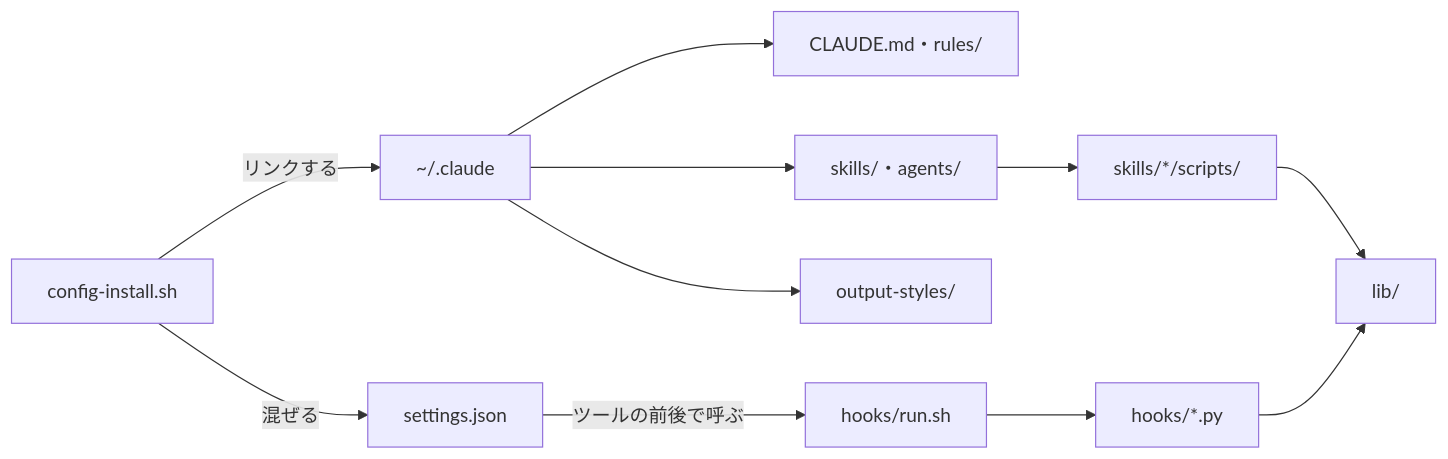
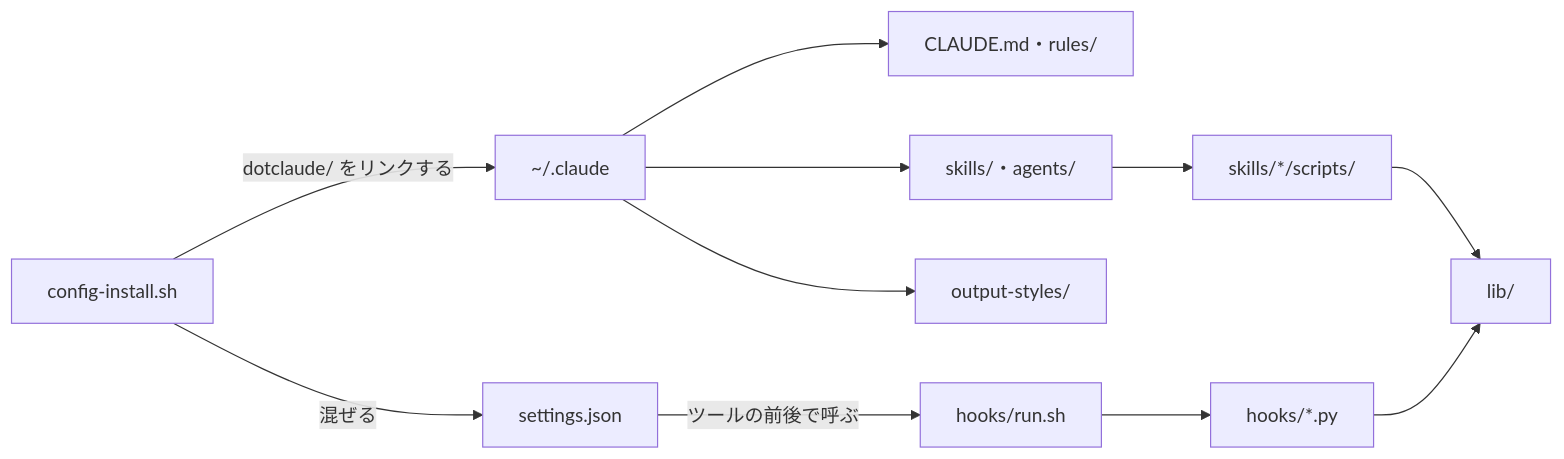
Before and after one commit to yossibank/claude-config: the diagram in README.md, drawn with Mermaid. The commit also changed other lines of this file and 231 other files, not shown here.

````diff
--- a/README.md
+++ b/README.md
@@ -19,13 +19,13 @@
 ```mermaid
 flowchart LR
-    install["config-install.sh"] -->|リンクする| home["~/.claude"]
+    install["config-install.sh"] -->|dotclaude/ をリンクする| home["~/.claude"]
     install -->|混ぜる| settings["settings.json"]
     home --> rules["CLAUDE.md・rules/"]
     home --> skills["skills/・agents/"]
     home --> styles["output-styles/"]
     settings -->|ツールの前後で呼ぶ| run["hooks/run.sh"]
     run --> hooks["hooks/*.py"]
     skills --> scripts["skills/*/scripts/"]
     hooks --> lib["lib/"]
     scripts --> lib
 ```
````
